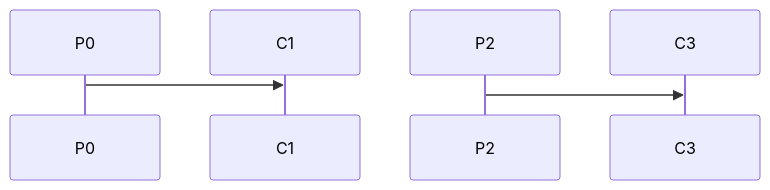
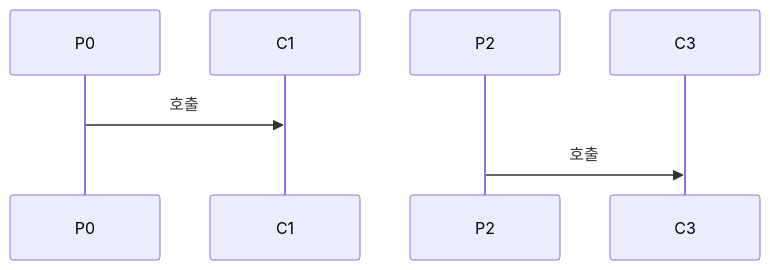
Before and after one commit to yjkim2015/yjkim2015.github.io: the sixth of 17 diagrams in _posts/kafka/2026-05-01-kafka-fundamentals.md, drawn with Mermaid. The commit also changed other lines of this file and 85 other files, not shown here.

First line of the commit message:
sequenceDiagram 문법 에러 2차 수정 169개 (86파일)

````diff
--- a/_posts/kafka/2026-05-01-kafka-fundamentals.md
+++ b/_posts/kafka/2026-05-01-kafka-fundamentals.md
@@ -176,5 +176,5 @@
 ```mermaid
 sequenceDiagram
-    P0->>C1:
-    P2->>C3:
+    P0->>C1: 호출
+    P2->>C3: 호출
 ```
````
